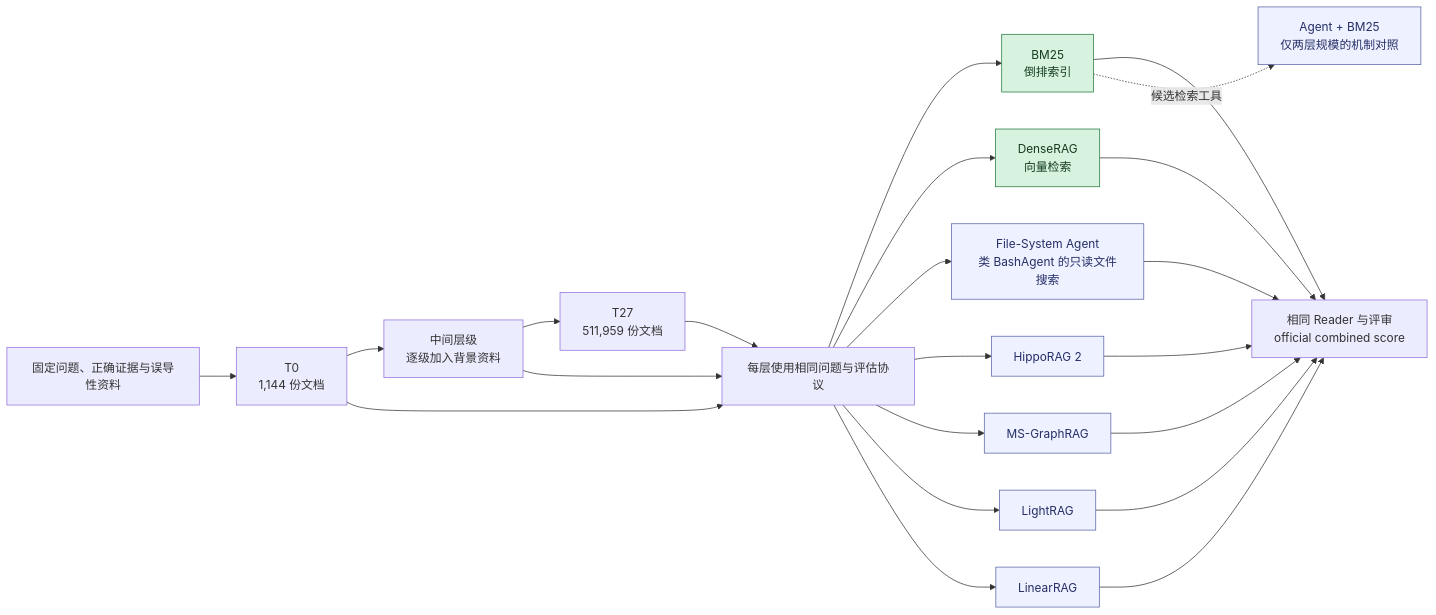
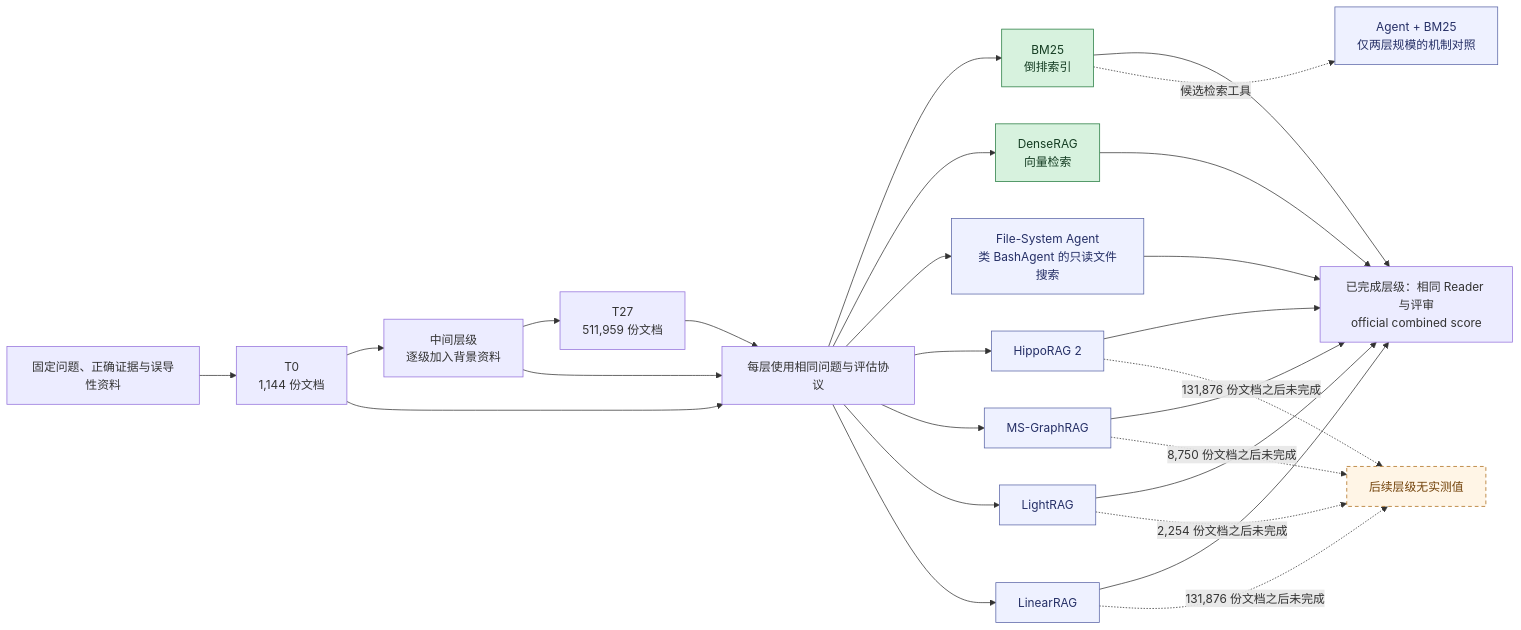
Before and after one commit to lixiaoguai11/enterprise-knowledge-QA: the fourth of 4 diagrams in docs/06-architecture.md, drawn with Mermaid. The commit also changed other lines of this file, not shown here.

Commit message:
docs: define Recall@5 and mark incomplete scaling tiers

````diff
--- a/docs/06-architecture.md
+++ b/docs/06-architecture.md
@@ -142,32 +142,39 @@
 ```mermaid
 flowchart LR
     BED[固定问题、正确证据与误导性资料] --> T0[T0<br/>1,144 份文档]
     T0 --> T1[中间层级<br/>逐级加入背景资料]
     T1 --> T27[T27<br/>511,959 份文档]
     T0 --> SAME[每层使用相同问题与评估协议]
     T1 --> SAME
     T27 --> SAME
 
     SAME --> BM25[BM25<br/>倒排索引]
     SAME --> DENSE[DenseRAG<br/>向量检索]
     SAME --> FS[File-System Agent<br/>类 BashAgent 的只读文件搜索]
     SAME --> HIPPO[HippoRAG 2]
     SAME --> MS[MS-GraphRAG]
     SAME --> LIGHT[LightRAG]
     SAME --> LINEAR[LinearRAG]
 
-    BM25 --> SCORE[相同 Reader 与评审<br/>official combined score]
+    BM25 --> SCORE[已完成层级：相同 Reader 与评审<br/>official combined score]
     DENSE --> SCORE
     FS --> SCORE
     HIPPO --> SCORE
     MS --> SCORE
     LIGHT --> SCORE
     LINEAR --> SCORE
 
+    HIPPO -. 131,876 份文档之后未完成 .-> MISSING[后续层级无实测值]
+    MS -. 8,750 份文档之后未完成 .-> MISSING
+    LIGHT -. 2,254 份文档之后未完成 .-> MISSING
+    LINEAR -. 131,876 份文档之后未完成 .-> MISSING
+
     BM25 -. 候选检索工具 .-> AB[Agent + BM25<br/>仅两层规模的机制对照]
 
     classDef implemented fill:#d7f2de,stroke:#247a3e,color:#143c22;
     classDef research fill:#eef1ff,stroke:#5964a6,color:#252f66;
+    classDef unavailable fill:#fff5e6,stroke:#ab6b16,stroke-dasharray:5 4,color:#73430b;
     class BM25,DENSE implemented;
     class FS,HIPPO,MS,LIGHT,LINEAR,AB research;
+    class MISSING unavailable;
 ```
````
